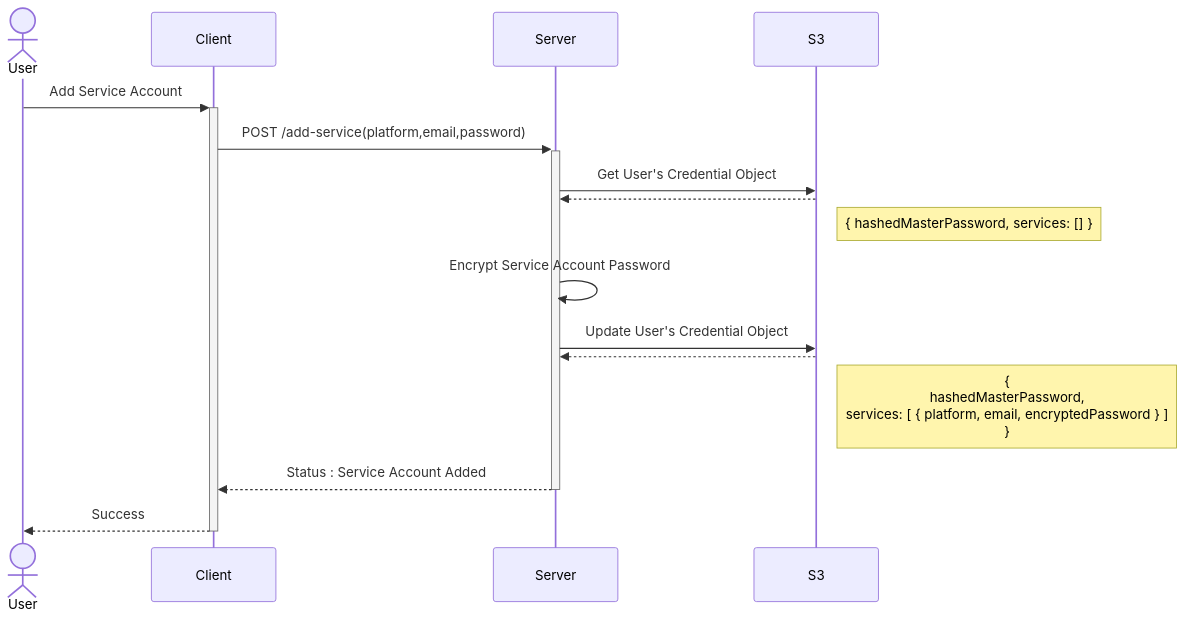
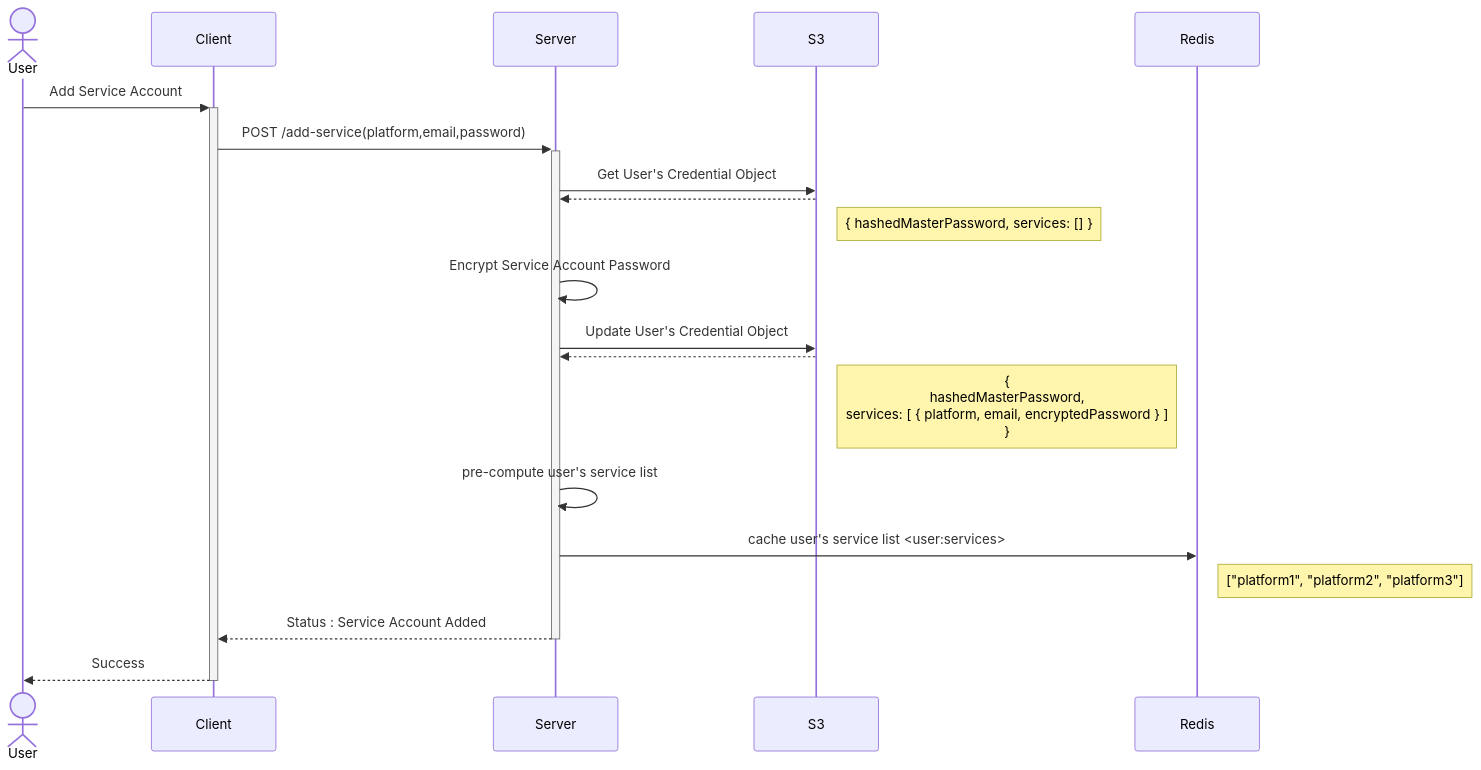
The third of 4 diagrams in README.md (C00p3rb123/cloudAssignment2), drawn with Mermaid before and after one commit. The commit also changed other lines of this file, not shown here.

Commit message:
add mermaid diagram

````diff
--- a/README.md
+++ b/README.md
@@ -38,15 +41,19 @@
 ```mermaid
 sequenceDiagram
     actor User
     User->>+Client: Add Service Account
     Client->>+Server: POST /add-service(platform,email,password)
     Server->> S3: Get User's Credential Object
-    S3-->> Server: 
+    S3-->> Server:
     Note right of S3: { hashedMasterPassword, services: [] }
     Server->>Server: Encrypt Service Account Password
     Server->>S3: Update User's Credential Object
-    S3-->>Server: 
+    S3-->>Server:
     Note right of S3: { <br/>hashedMasterPassword, <br/>services: [ { platform, email, encryptedPassword } ] <br/>}
+    Server->>Server: pre-compute user's service list
+    Server->>Redis: cache user's service list <user:services>
+    Note right of Redis: ["platform1", "platform2", "platform3"]
     Server-->>-Client: Status : Service Account Added
     Client-->>-User: Success
+
 ```
````
